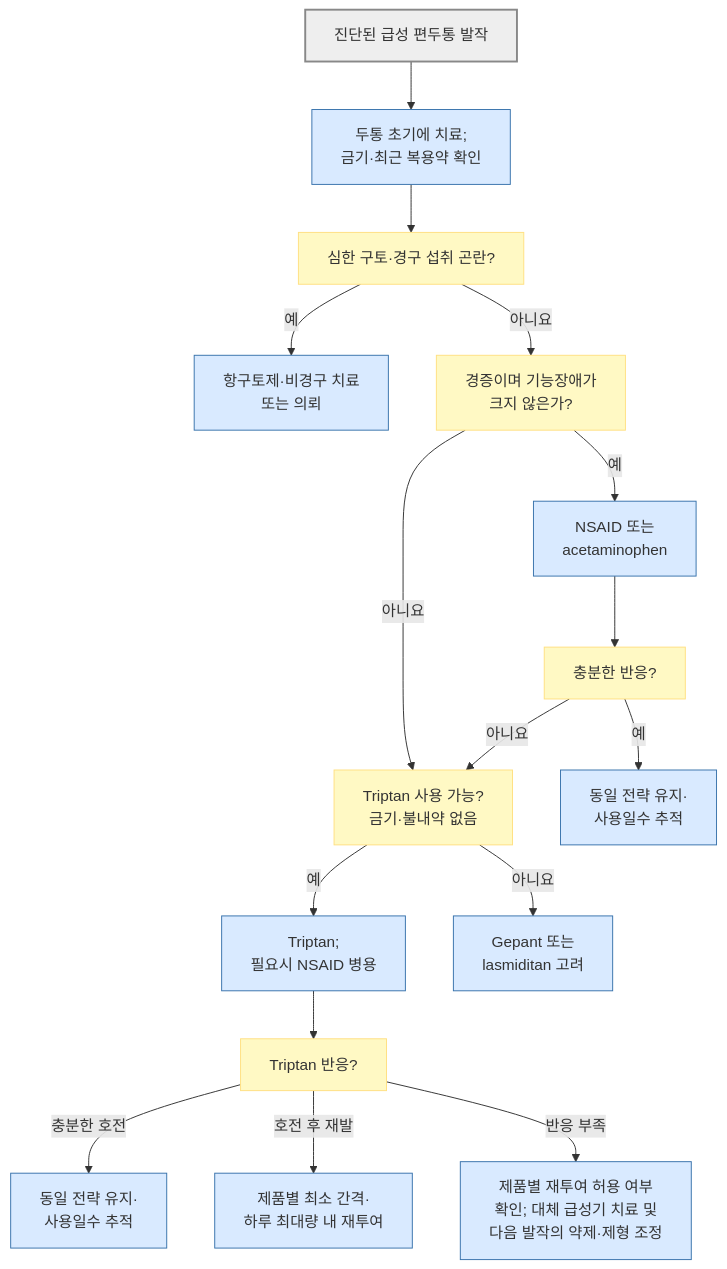
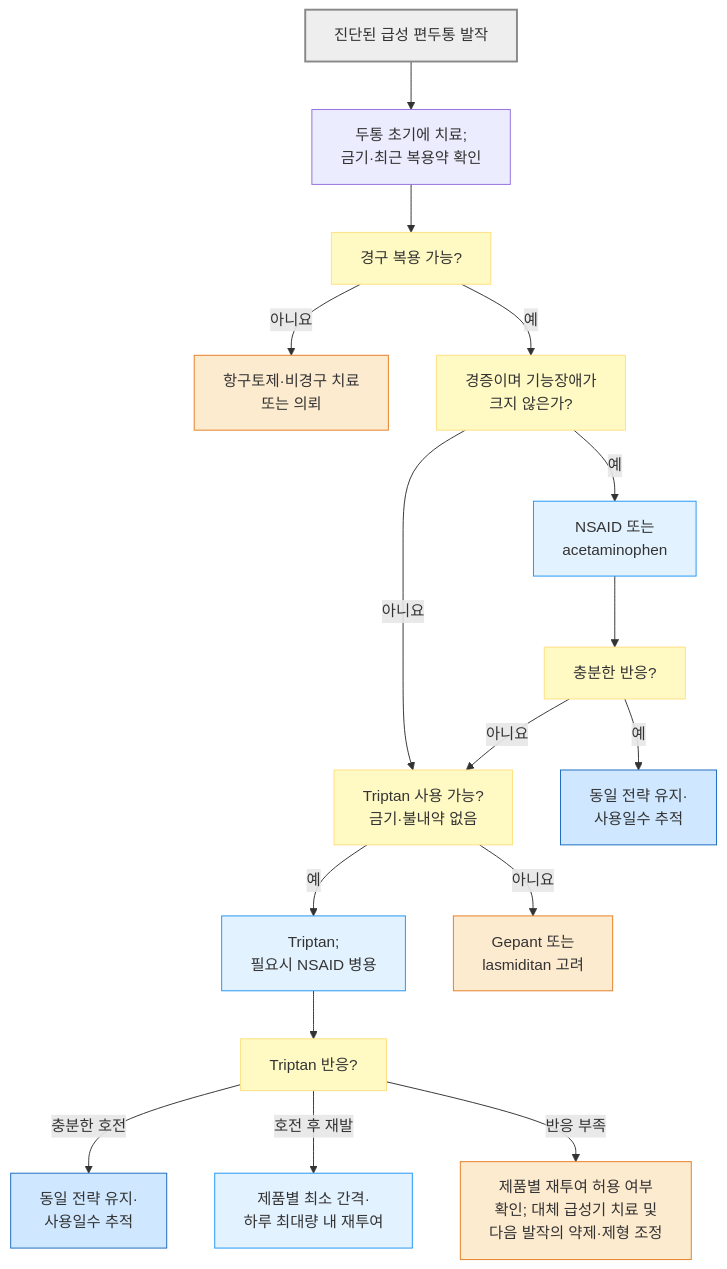
One commit to familyoh77/familyoh77 changed the second of 2 diagrams in 221_/016_-migraine.md. Above: the diagram before and after it, drawn with Mermaid. The commit also changed other lines of this file, not shown here.

````diff
--- a/221_/016_-migraine.md
+++ b/221_/016_-migraine.md
@@ -342,23 +355,29 @@
 ```mermaid
 flowchart TD
     A["진단된 급성 편두통 발작"] --> B["두통 초기에 치료; <br/>금기·최근 복용약 확인"]
-    B --> C["심한 구토·경구 섭취 곤란?"]
-    C -- "예" --> D["항구토제·비경구 치료 <br/>또는 의뢰"]
-    C -- "아니요" --> E["경증이며 기능장애가 <br/>크지 않은가?"]
+    B --> C["경구 복용 가능?"]
+    C -- "아니요" --> D["항구토제·비경구 치료 <br/>또는 의뢰"]
+    C -- "예" --> E["경증이며 기능장애가 <br/>크지 않은가?"]
     E -- "예" --> F["NSAID 또는 <br/>acetaminophen"]
     E -- "아니요" --> G["Triptan 사용 가능? <br/>금기·불내약 없음"]
     F --> H["충분한 반응?"]
     H -- "예" --> I["동일 전략 유지·<br/>사용일수 추적"]
     H -- "아니요" --> G
     G -- "예" --> K["Triptan; <br/>필요시 NSAID 병용"]
     G -- "아니요" --> J["Gepant 또는 <br/>lasmiditan 고려"]
     K --> L["Triptan 반응?"]
     L -- "충분한 호전" --> M["동일 전략 유지·<br/>사용일수 추적"]
     L -- "호전 후 재발" --> N["제품별 최소 간격·<br/>하루 최대량 내 재투여"]
     L -- "반응 부족" --> O["제품별 재투여 허용 여부 <br/>확인; 대체 급성기 치료 및 <br/>다음 발작의 약제·제형 조정"]
-    classDef question fill:#fff9c4,stroke:#ffe082
-    classDef care fill:#d9eaff,stroke:#3973ac
-    class C,E,G,H,L question
-    class B,D,F,I,J,K,M,N,O care
-    style A fill:#eeeeee,stroke:#888888,stroke-width:2px
+    classDef start fill:#eeeeee,stroke:#888888,stroke-width:2px;
+    classDef decision fill:#fff9c4,stroke:#ffe082;
+    classDef caution fill:#fdebd0,stroke:#e67e22
+    classDef care fill:#e3f2ff,stroke:#2196f3
+    classDef followup fill:#d0e8ff,stroke:#1a6abf;
+    class A start;
+    class C,E,G,H,L decision;
+    class F,K,N,O care;
+    class D,J,O caution
+    class M,I followup;
+
 ```
````
